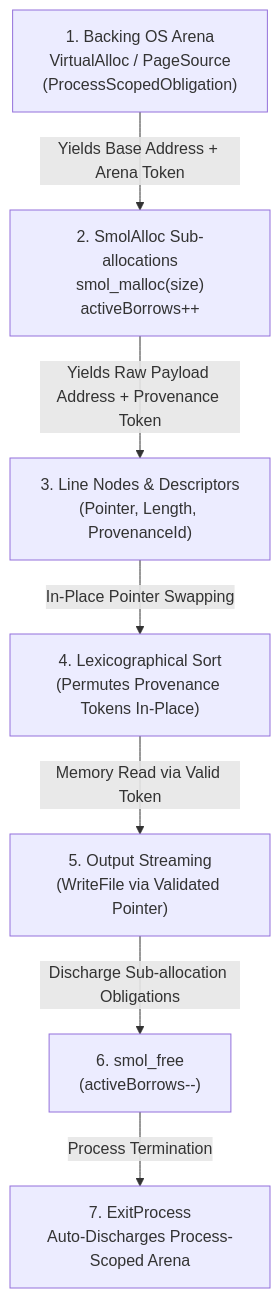
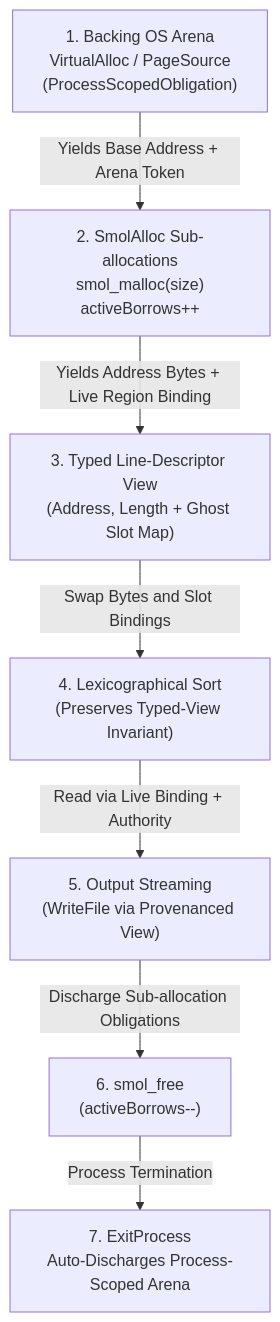
Before and after one commit to ctiller/gasm: the diagram in docs/MEMORY_PROVENANCE.md, drawn with Mermaid. The commit also changed other lines of this file and 25 other files, not shown here.

Commit message:
docs: consolidate cross-architecture memory model

````diff
--- a/docs/MEMORY_PROVENANCE.md
+++ b/docs/MEMORY_PROVENANCE.md
@@ -11,9 +20,9 @@
 ```mermaid
 graph TD
     Alloc["1. Backing OS Arena<br/>VirtualAlloc / PageSource<br/>(ProcessScopedObligation)"] -->|Yields Base Address + Arena Token| Smol["2. SmolAlloc Sub-allocations<br/>smol_malloc(size)<br/>activeBorrows++"]
-    Smol -->|Yields Raw Payload Address + Provenance Token| Line["3. Line Nodes & Descriptors<br/>(Pointer, Length, ProvenanceId)"]
-    Line -->|In-Place Pointer Swapping| Sort["4. Lexicographical Sort<br/>(Permutes Provenance Tokens In-Place)"]
-    Sort -->|Memory Read via Valid Token| Stream["5. Output Streaming<br/>(WriteFile via Validated Pointer)"]
+    Smol -->|Yields Address Bytes + Live Region Binding| Line["3. Typed Line-Descriptor View<br/>(Address, Length + Ghost Slot Map)"]
+    Line -->|Swap Bytes and Slot Bindings| Sort["4. Lexicographical Sort<br/>(Preserves Typed-View Invariant)"]
+    Sort -->|Read via Live Binding + Authority| Stream["5. Output Streaming<br/>(WriteFile via Provenanced View)"]
     Stream -->|Discharge Sub-allocation Obligations| Free["6. smol_free<br/>(activeBorrows--)"]
     Free -->|Process Termination| Exit["7. ExitProcess<br/>Auto-Discharges Process-Scoped Arena"]
 ```
````
